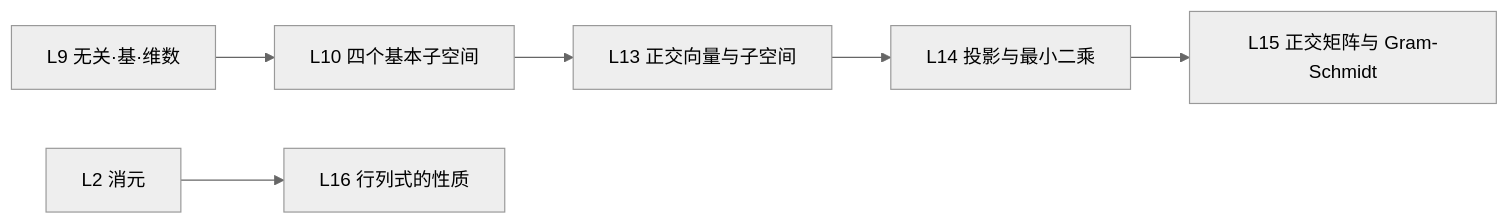
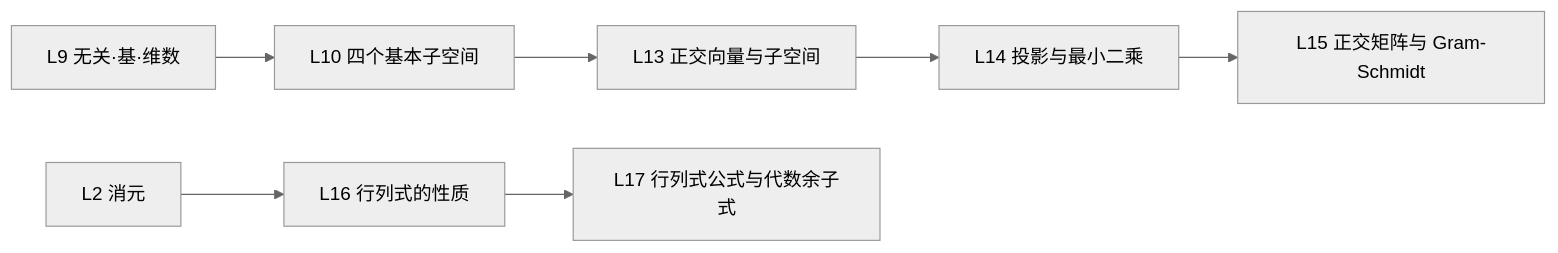
Before and after one commit to Korotomx/STD: the diagram in Math/Linear Algebra/主页.md, drawn with Mermaid (neutral theme). The commit also changed other lines of this file and 5 other files, not shown here.

````diff
--- a/Math/Linear Algebra/主页.md
+++ b/Math/Linear Algebra/主页.md
@@ -40,8 +41,9 @@
 ```mermaid
 flowchart LR
     L9["L9 无关·基·维数"] --> L10["L10 四个基本子空间"]
     L10 --> L13["L13 正交向量与子空间"]
     L13 --> L14["L14 投影与最小二乘"]
     L14 --> L15["L15 正交矩阵与 Gram-Schmidt"]
     L2["L2 消元"] --> L16["L16 行列式的性质"]
+    L16 --> L17["L17 行列式公式与代数余子式"]
 ```
````
